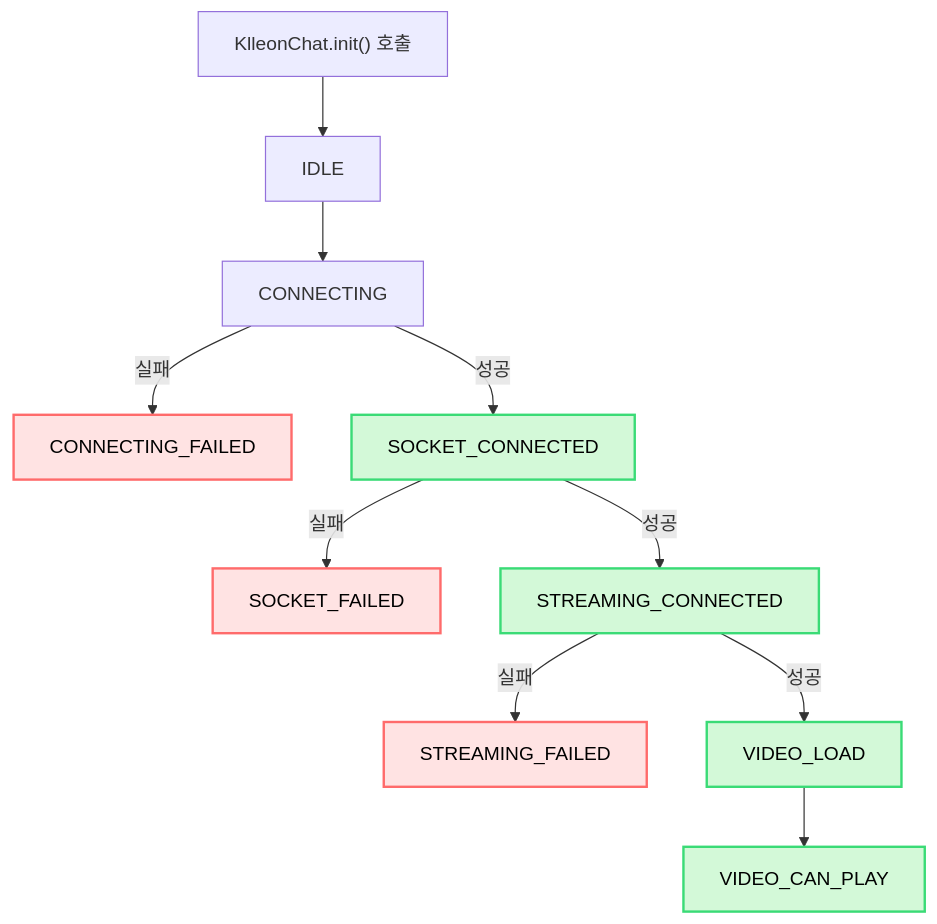
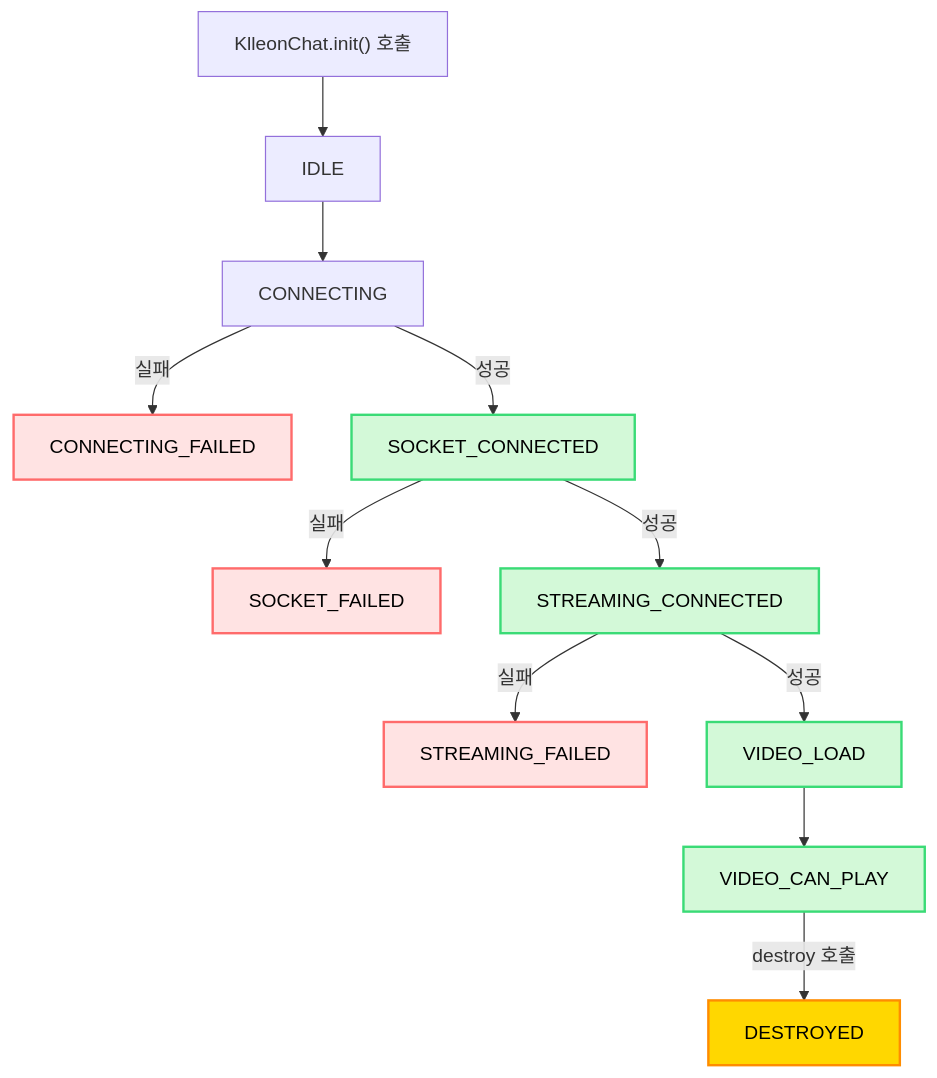
The third of 3 diagrams in i18n/ko/docusaurus-plugin-content-docs/current/03-usage/03-sdk-event.mdx (klleon/web-sdk-docs), drawn with Mermaid before and after one commit. The commit also changed other lines of this file and 12 other files, not shown here.

````diff
--- a/i18n/ko/docusaurus-plugin-content-docs/current/03-usage/03-sdk-event.mdx
+++ b/i18n/ko/docusaurus-plugin-content-docs/current/03-usage/03-sdk-event.mdx
@@ -164,19 +164,22 @@
 ```mermaid
 flowchart TD
     INIT["KlleonChat.init() 호출"] --> A[IDLE]
     A --> B[CONNECTING]
     B -->|실패| C[CONNECTING_FAILED]
     B -->|성공| D[SOCKET_CONNECTED]
     D -->|실패| I[SOCKET_FAILED]
     D -->|성공| E[STREAMING_CONNECTED]
     E -->|실패| J[STREAMING_FAILED]
     E -->|성공| F[VIDEO_LOAD]
     F --> G[VIDEO_CAN_PLAY]
+    G -->|destroy 호출| M[DESTROYED]
 
     %% 스타일 지정
     classDef success fill:#d3f9d8,stroke:#3adb76,stroke-width:2px,color:#000;
     classDef failure fill:#ffe3e3,stroke:#ff6b6b,stroke-width:2px,color:#000;
+    classDef destroyed fill:#ffd700,stroke:#ff8c00,stroke-width:2px,color:#000;
 
     class D,E,F,G success;
     class C,I,J failure;
+    class M destroyed;
 ```
````
